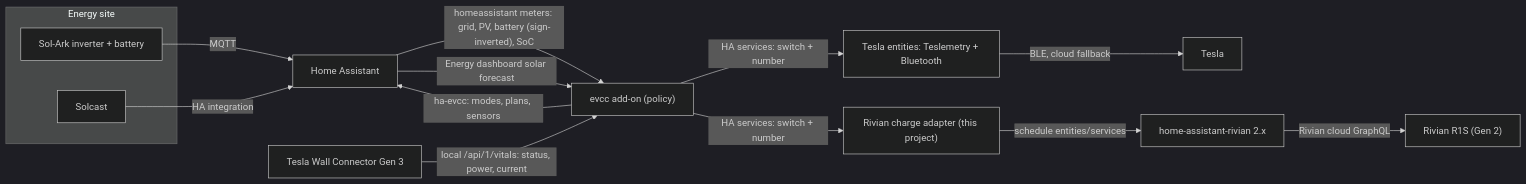
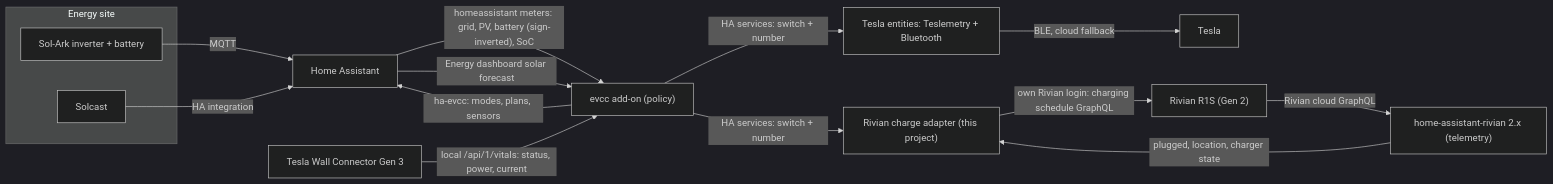
One commit to bballdavis/SolarSage changed the diagram in docs/SOLAR_CHARGING_ARCHITECTURE.md. Above: the diagram before and after it, drawn with Mermaid (dark theme). The commit also changed other lines of this file, not shown here.

First line of the commit message:
WIP checkpoint: adapter v2 HA layer and doc corrections in progress

````diff
--- a/docs/SOLAR_CHARGING_ARCHITECTURE.md
+++ b/docs/SOLAR_CHARGING_ARCHITECTURE.md
@@ -38,18 +38,19 @@
 ```mermaid
 flowchart LR
   subgraph Site["Energy site"]
     SolArk["Sol-Ark inverter + battery"]
     Solcast["Solcast"]
   end
   SolArk -->|MQTT| HA["Home Assistant"]
   Solcast -->|HA integration| HA
   HA -->|"homeassistant meters: grid, PV, battery (sign-inverted), SoC"| EVCC["evcc add-on (policy)"]
   HA -->|"Energy dashboard solar forecast"| EVCC
   TWC3["Tesla Wall Connector Gen 3"] -->|"local /api/1/vitals: status, power, current"| EVCC
   EVCC -->|"HA services: switch + number"| TeslaEnt["Tesla entities: Teslemetry + Bluetooth"]
   EVCC -->|"HA services: switch + number"| Adapter["Rivian charge adapter (this project)"]
-  Adapter -->|"schedule entities/services"| RivInt["home-assistant-rivian 2.x"]
-  RivInt -->|"Rivian cloud GraphQL"| R1S["Rivian R1S (Gen 2)"]
+  RivInt["home-assistant-rivian 2.x (telemetry)"] -->|"plugged, location, charger state"| Adapter
+  Adapter -->|"own Rivian login: charging schedule GraphQL"| R1S["Rivian R1S (Gen 2)"]
+  R1S -->|"Rivian cloud GraphQL"| RivInt
   TeslaEnt -->|"BLE, cloud fallback"| Tesla["Tesla"]
   EVCC -->|"ha-evcc: modes, plans, sensors"| HA
 ```
````
